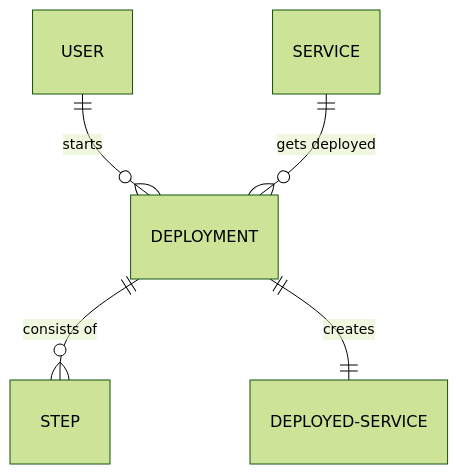
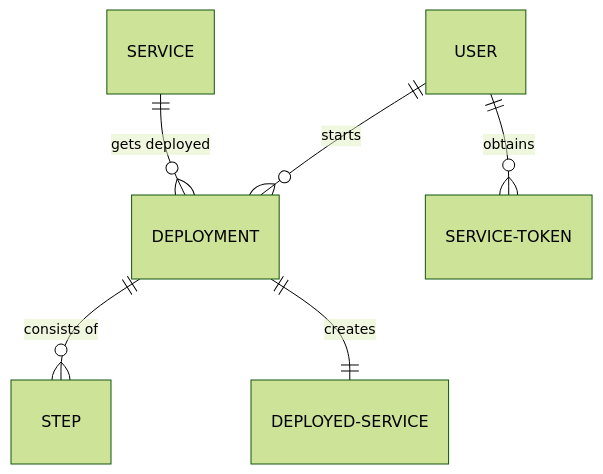
Before and after one commit to ephes/fastdeploy: the diagram in docs/database.md, drawn with Mermaid (forest theme). The commit also changed other lines of this file and 22 other files, not shown here.

````diff
--- a/docs/database.md
+++ b/docs/database.md
@@ -65,7 +72,8 @@
 ```mermaid
 erDiagram
           USER ||--o{ DEPLOYMENT : starts
           SERVICE ||--o{ DEPLOYMENT : "gets deployed"
           DEPLOYMENT ||--o{ STEP : "consists of"
           DEPLOYMENT ||--|| DEPLOYED-SERVICE : "creates"
+          USER ||--o{ SERVICE-TOKEN : obtains
 ```
````
